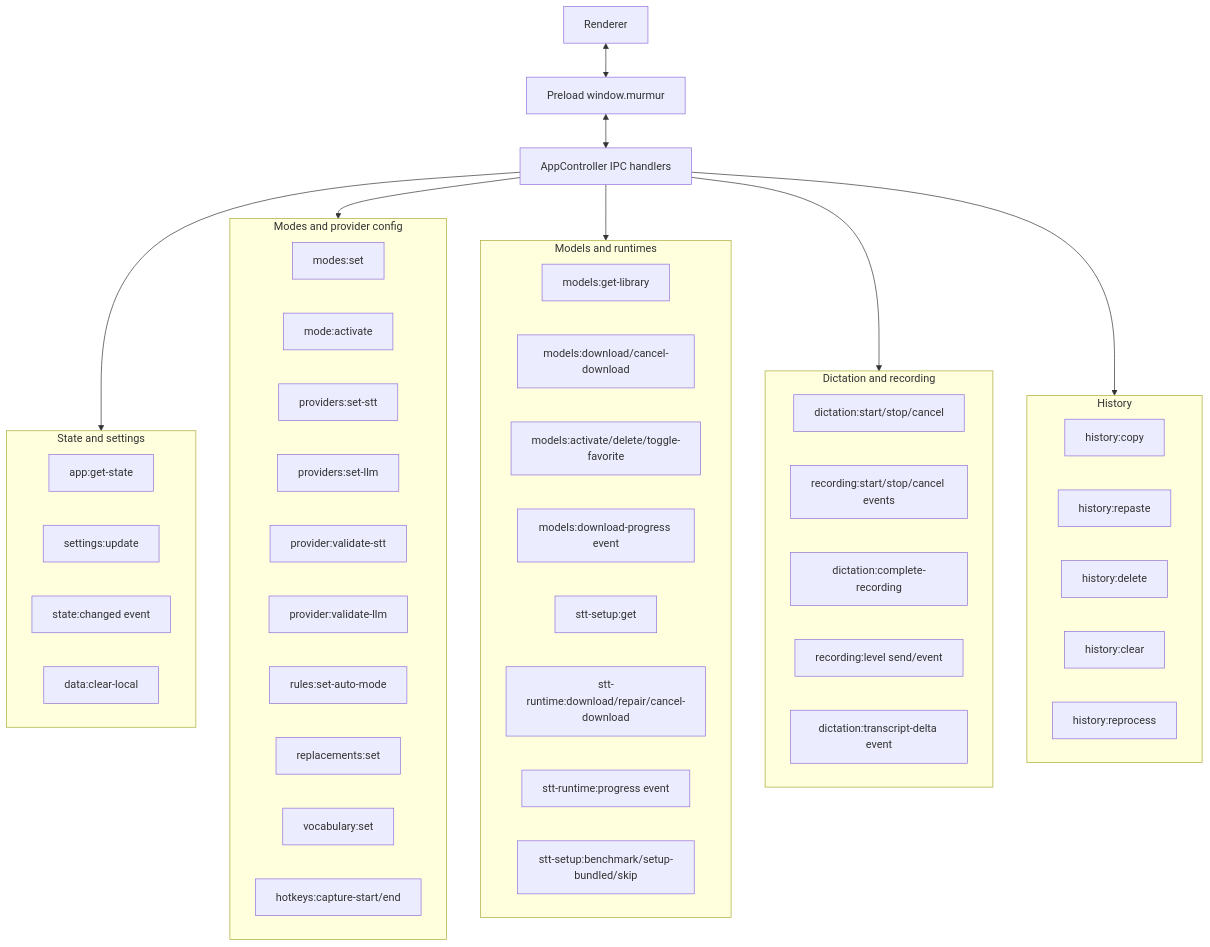
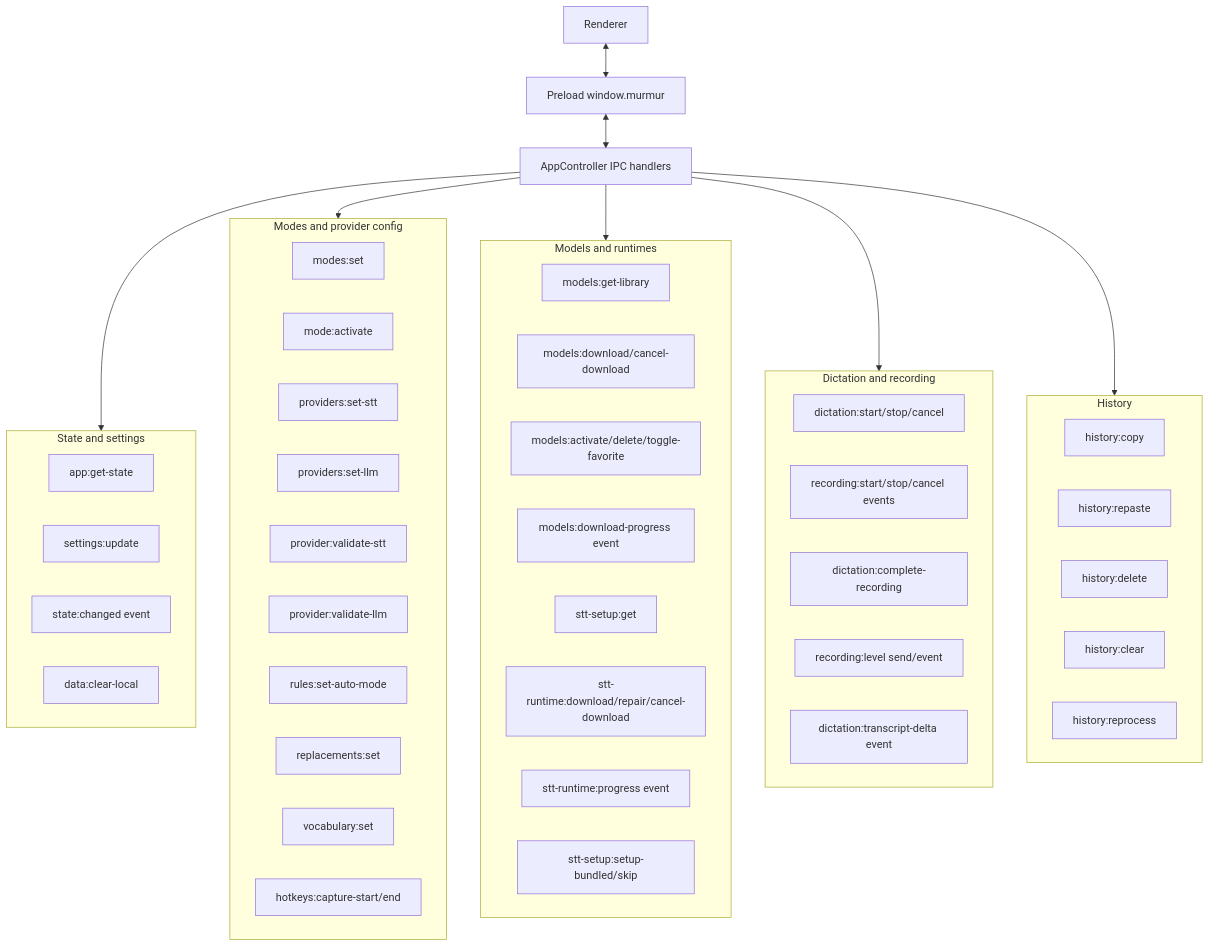
One commit to strxnd/murmur changed the diagram in docs/architecture/processes-and-ipc.md. Above: the diagram before and after it, drawn with Mermaid. The commit also changed 32 other files, not shown here.

````diff
--- a/docs/architecture/processes-and-ipc.md
+++ b/docs/architecture/processes-and-ipc.md
@@ -5,62 +5,62 @@
 ```mermaid
 flowchart TB
   Renderer["Renderer"]
   Preload["Preload window.murmur"]
   Main["AppController IPC handlers"]
 
   Renderer <--> Preload
   Preload <--> Main
 
   subgraph State["State and settings"]
     S1["app:get-state"]
     S2["settings:update"]
     S3["state:changed event"]
     S4["data:clear-local"]
   end
 
   subgraph Config["Modes and provider config"]
     C1["modes:set"]
     C2["mode:activate"]
     C3["providers:set-stt"]
     C4["providers:set-llm"]
     C5["provider:validate-stt"]
     C6["provider:validate-llm"]
     C7["rules:set-auto-mode"]
     C8["replacements:set"]
     C9["vocabulary:set"]
     C10["hotkeys:capture-start/end"]
   end
 
   subgraph Models["Models and runtimes"]
     M1["models:get-library"]
     M2["models:download/cancel-download"]
     M3["models:activate/delete/toggle-favorite"]
     M4["models:download-progress event"]
     R1["stt-setup:get"]
     R2["stt-runtime:download/repair/cancel-download"]
     R3["stt-runtime:progress event"]
-    R4["stt-setup:benchmark/setup-bundled/skip"]
+    R4["stt-setup:setup-bundled/skip"]
   end
 
   subgraph Dictation["Dictation and recording"]
     D1["dictation:start/stop/cancel"]
     D2["recording:start/stop/cancel events"]
     D3["dictation:complete-recording"]
     D4["recording:level send/event"]
     D5["dictation:transcript-delta event"]
   end
 
   subgraph History["History"]
     H1["history:copy"]
     H2["history:repaste"]
     H3["history:delete"]
     H4["history:clear"]
     H5["history:reprocess"]
   end
 
   Main --> State
   Main --> Config
   Main --> Models
   Main --> Dictation
   Main --> History
 ```
````
